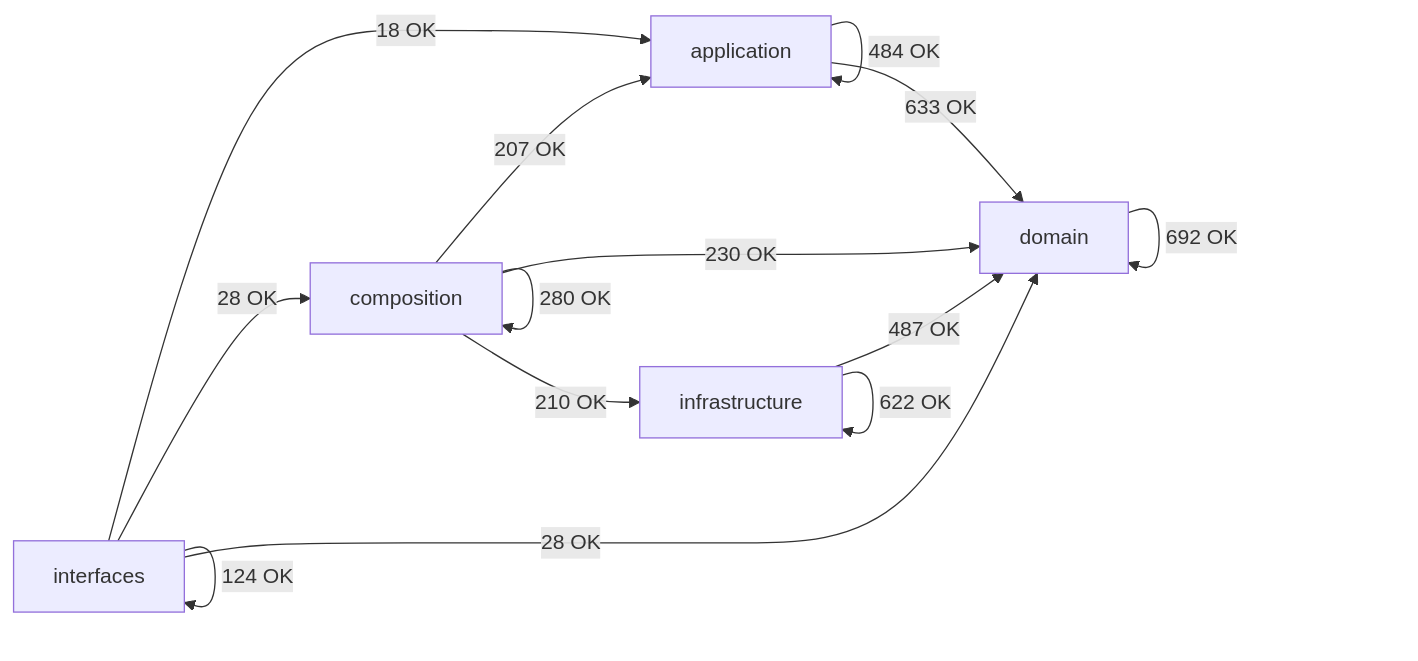
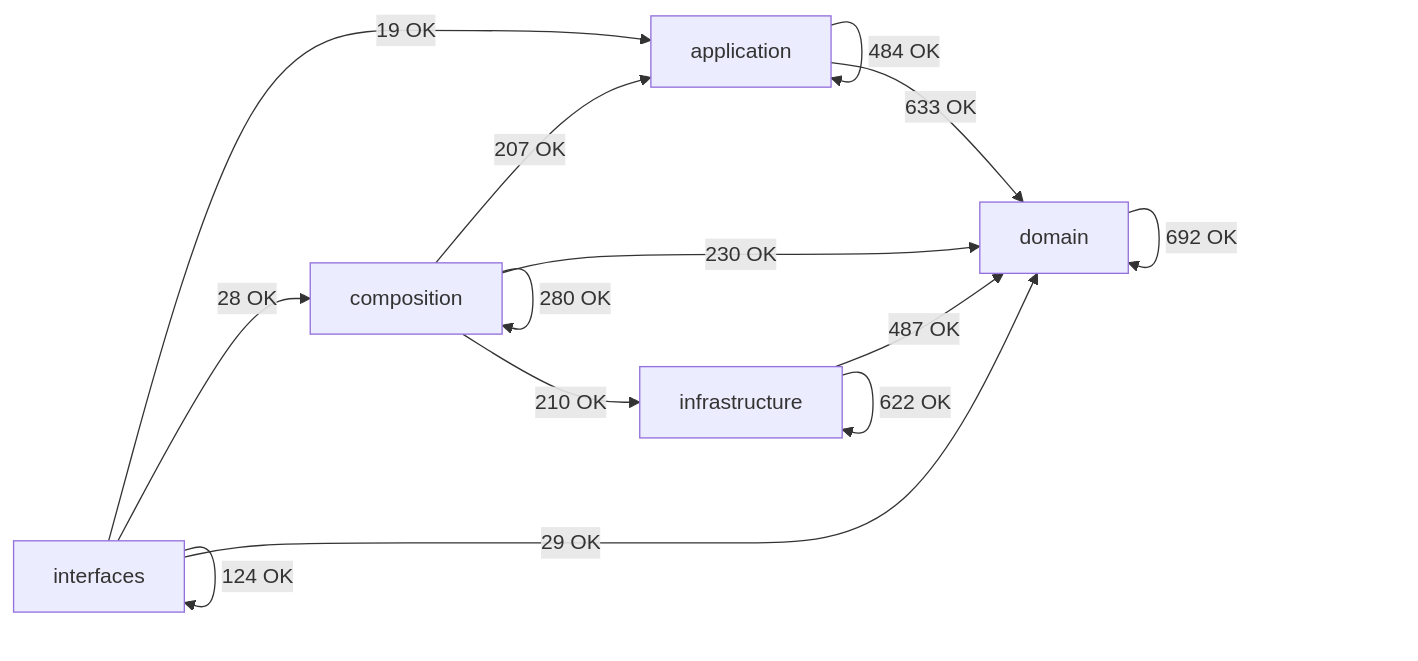
One commit to SatoryKono/BioactivityDataAcquisition changed the diagram in docs/02-architecture/generated/module-dependency-map.md. Above: the diagram before and after it, drawn with Mermaid. The commit also changed other lines of this file and 2 other files, not shown here.

````diff
--- a/docs/02-architecture/generated/module-dependency-map.md
+++ b/docs/02-architecture/generated/module-dependency-map.md
@@ -16,21 +16,21 @@
 ```mermaid
 flowchart LR
     domain[domain]
     application[application]
     infrastructure[infrastructure]
     composition[composition]
     interfaces[interfaces]
     application -->|484 OK| application
     application -->|633 OK| domain
     composition -->|207 OK| application
     composition -->|280 OK| composition
     composition -->|230 OK| domain
     composition -->|210 OK| infrastructure
     domain -->|692 OK| domain
     infrastructure -->|487 OK| domain
     infrastructure -->|622 OK| infrastructure
-    interfaces -->|18 OK| application
+    interfaces -->|19 OK| application
     interfaces -->|28 OK| composition
-    interfaces -->|28 OK| domain
+    interfaces -->|29 OK| domain
     interfaces -->|124 OK| interfaces
 ```
````
